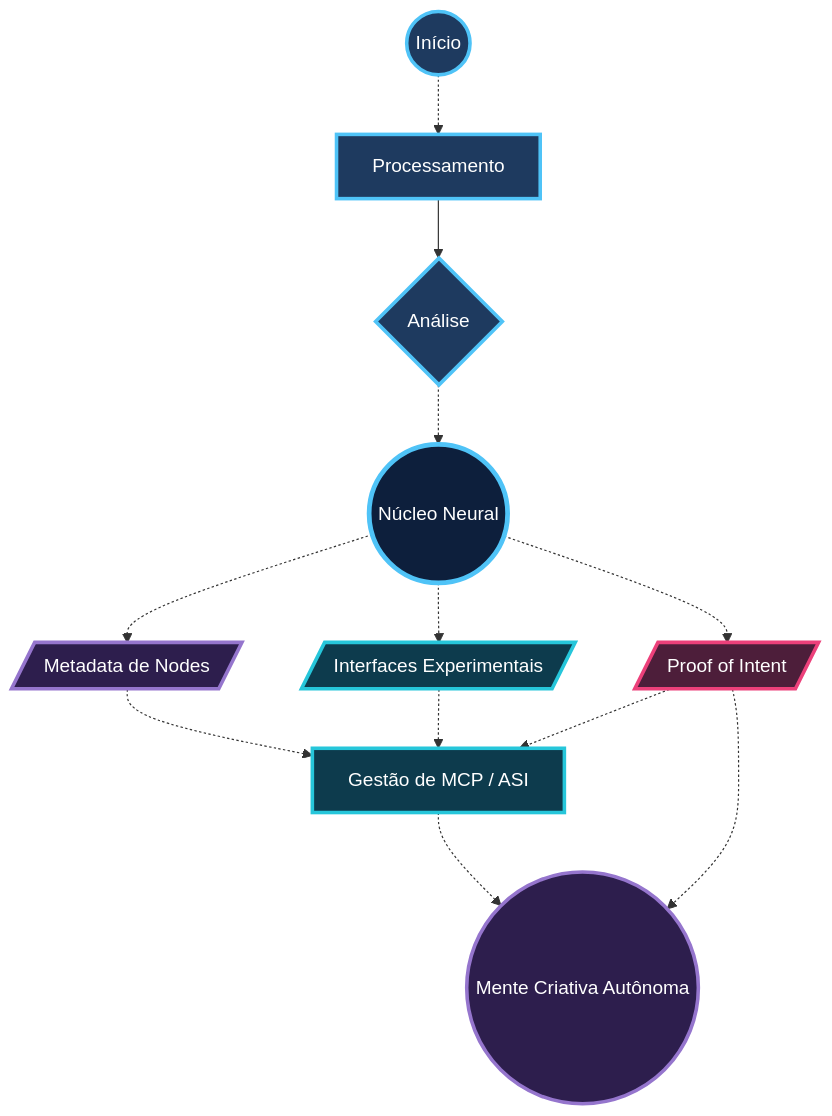
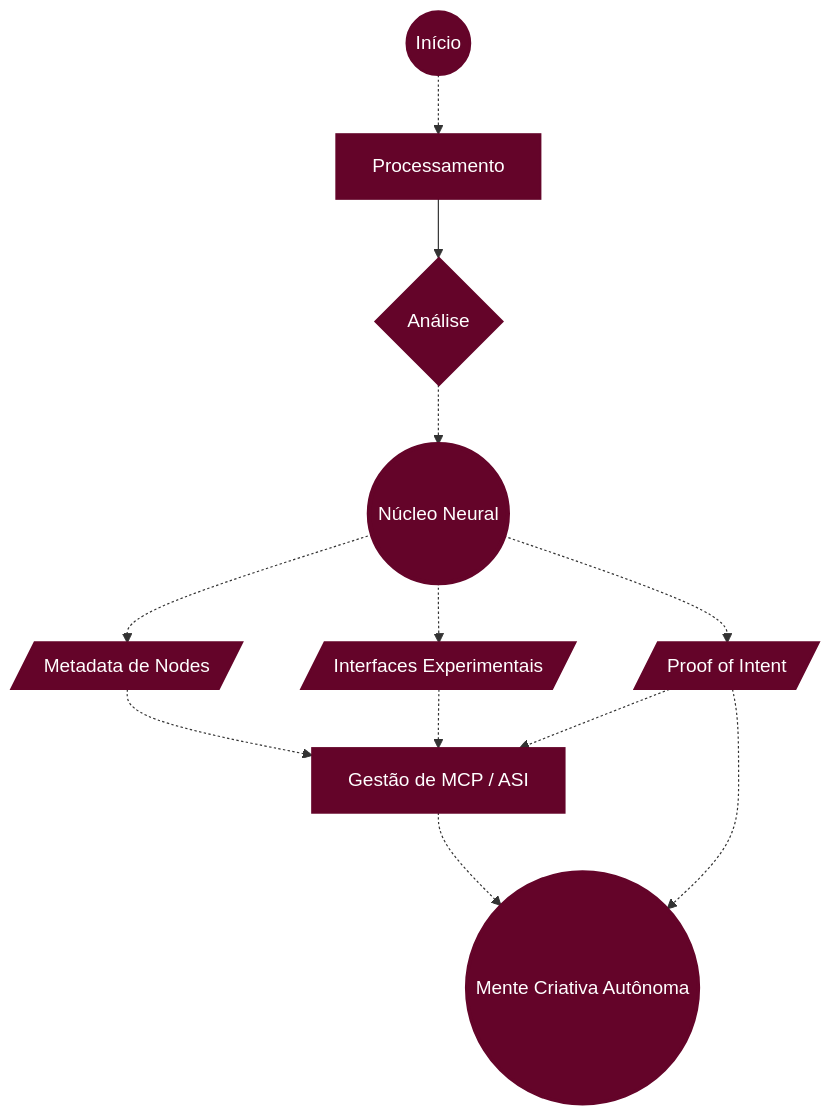
One commit to neomello/neomello changed the first of 2 diagrams in README.md. Above: the diagram before and after it, drawn with Mermaid. The commit also changed other lines of this file, not shown here.

``````diff
--- a/README.md
+++ b/README.md
@@ -24,37 +21,44 @@
 `````mermaid
 flowchart TB
     Start((Início))
     Proc[Processamento]
     Analise{Análise}
     Nucleo((Núcleo Neural))
     Metadata[/Metadata de Nodes/]
     Interfaces[/Interfaces Experimentais/]
     Proof[/Proof of Intent/]
     Gestao[Gestão de MCP / ASI]
     Mente((Mente Criativa Autônoma))
     
     Start -.-> Proc
     Proc --> Analise
     Analise -.-> Nucleo
     
     Nucleo -.-> Metadata
     Nucleo -.-> Interfaces
     Nucleo -.-> Proof
     
     Metadata -.-> Gestao
     Interfaces -.-> Gestao
     Proof -.-> Gestao
     
     Gestao -.-> Mente
     Proof -.-> Mente
     
-    style Start fill:#1E3A5F,stroke:#4FC3F7,stroke-width:3px,color:#fff
-    style Proc fill:#1E3A5F,stroke:#4FC3F7,stroke-width:3px,color:#fff
-    style Analise fill:#1E3A5F,stroke:#4FC3F7,stroke-width:3px,color:#fff
-    style Nucleo fill:#0D1F3C,stroke:#4FC3F7,stroke-width:4px,color:#fff
-    style Metadata fill:#2D1E4D,stroke:#9575CD,stroke-width:3px,color:#fff
-    style Interfaces fill:#0D3B4D,stroke:#26C6DA,stroke-width:3px,color:#fff
-    style Proof fill:#4D1E3A,stroke:#EC407A,stroke-width:3px,color:#fff
-    style Gestao fill:#0D3B4D,stroke:#26C6DA,stroke-width:3px,color:#fff
-    style Mente fill:#2D1E4D,stroke:#9575CD,stroke-width:3px,color:#fff
+    %% Monocromia NEØ
+    style Start fill:#640429,stroke:#640429,stroke-width:2px,color:#fff
+    style Proc fill:#640429,stroke:#640429,stroke-width:2px,color:#fff
+    style Analise fill:#640429,stroke:#640429,stroke-width:2px,color:#fff
+    
+    %% Núcleo com peso maior
+    style Nucleo fill:#640429,stroke:#640429,stroke-width:4px,color:#fff
+    
+    %% Camadas funcionais
+    style Metadata fill:#640429,stroke:#640429,stroke-width:2px,color:#fff
+    style Interfaces fill:#640429,stroke:#640429,stroke-width:2px,color:#fff
+    style Proof fill:#640429,stroke:#640429,stroke-width:2px,color:#fff
+    style Gestao fill:#640429,stroke:#640429,stroke-width:2px,color:#fff
+    
+    %% Saída cognitiva
+    style Mente fill:#640429,stroke:#640429,stroke-width:3px,color:#fff
 `````
``````
